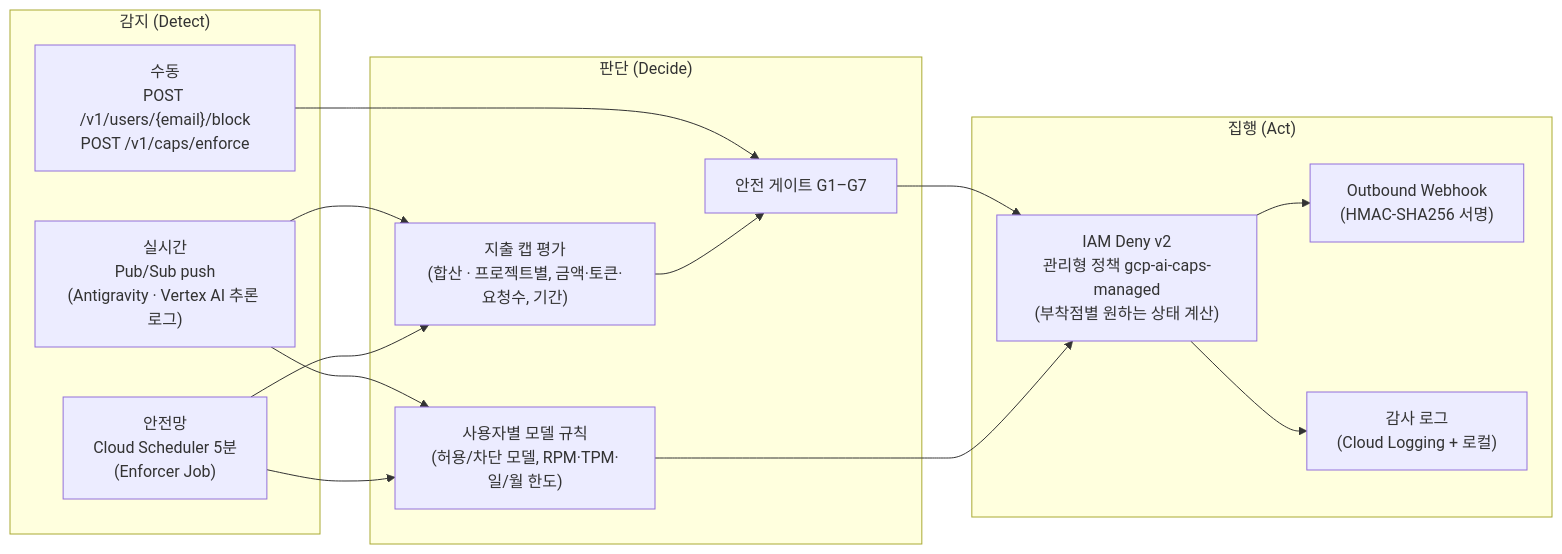
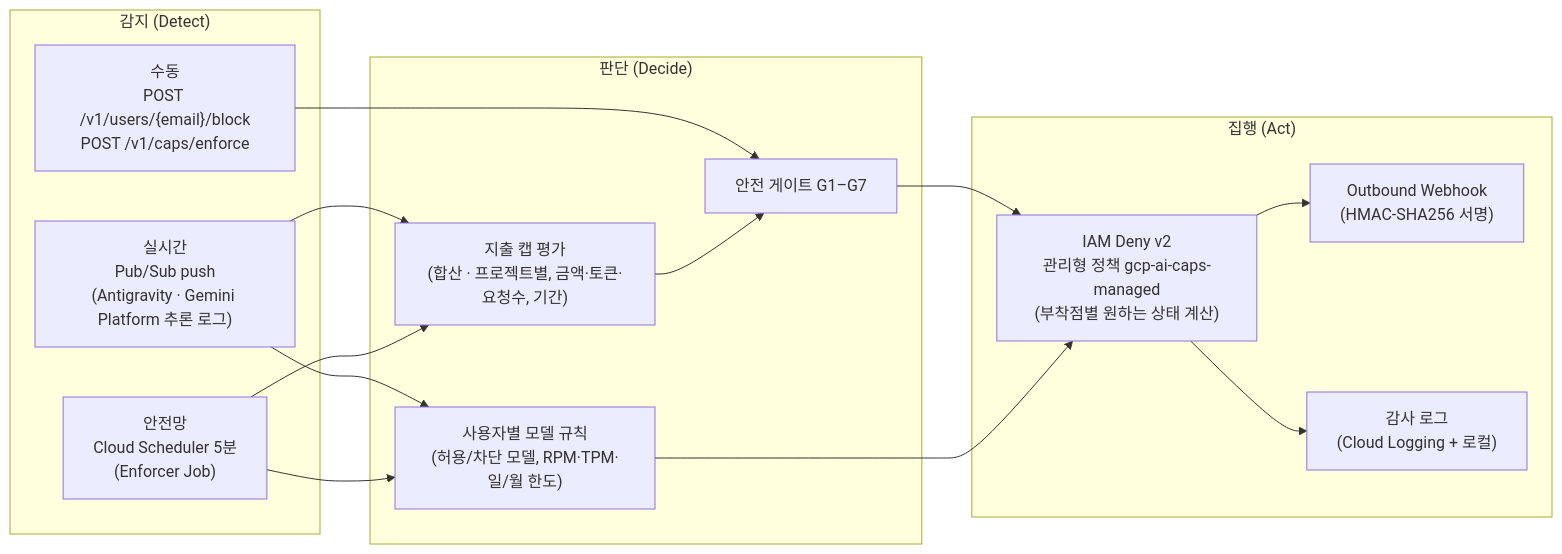
Before and after one commit to ldu1225/gcp-ai-usage-caps-api: the first of 4 diagrams in docs/enforcement-logic.md, drawn with Mermaid. The commit also changed other lines of this file and 17 other files, not shown here.

Commit message:
Docs 1.3.0: customer-grade README (ko/en), SVG architecture diagrams, groups, Gemini Platform naming, live E2E guide

````diff
--- a/docs/enforcement-logic.md
+++ b/docs/enforcement-logic.md
@@ -12,24 +13,24 @@
 ```mermaid
 flowchart LR
     subgraph Detect["감지 (Detect)"]
-        RT["실시간<br/>Pub/Sub push<br/>(Antigravity · Vertex AI 추론 로그)"]
+        RT["실시간<br/>Pub/Sub push<br/>(Antigravity · Gemini Platform 추론 로그)"]
         SCH["안전망<br/>Cloud Scheduler 5분<br/>(Enforcer Job)"]
         API["수동<br/>POST /v1/users/{email}/block<br/>POST /v1/caps/enforce"]
     end
     subgraph Decide["판단 (Decide)"]
         CAP["지출 캡 평가<br/>(합산 · 프로젝트별, 금액·토큰·요청수, 기간)"]
         MR["사용자별 모델 규칙<br/>(허용/차단 모델, RPM·TPM·일/월 한도)"]
         GATES["안전 게이트 G1–G7"]
     end
     subgraph Act["집행 (Act)"]
         DENY["IAM Deny v2<br/>관리형 정책 gcp-ai-caps-managed<br/>(부착점별 원하는 상태 계산)"]
         HOOK["Outbound Webhook<br/>(HMAC-SHA256 서명)"]
         AUDIT["감사 로그<br/>(Cloud Logging + 로컬)"]
     end
     RT --> CAP & MR
     SCH --> CAP & MR
     API --> GATES
     CAP --> GATES --> DENY
     MR --> DENY
     DENY --> HOOK & AUDIT
 ```
````
